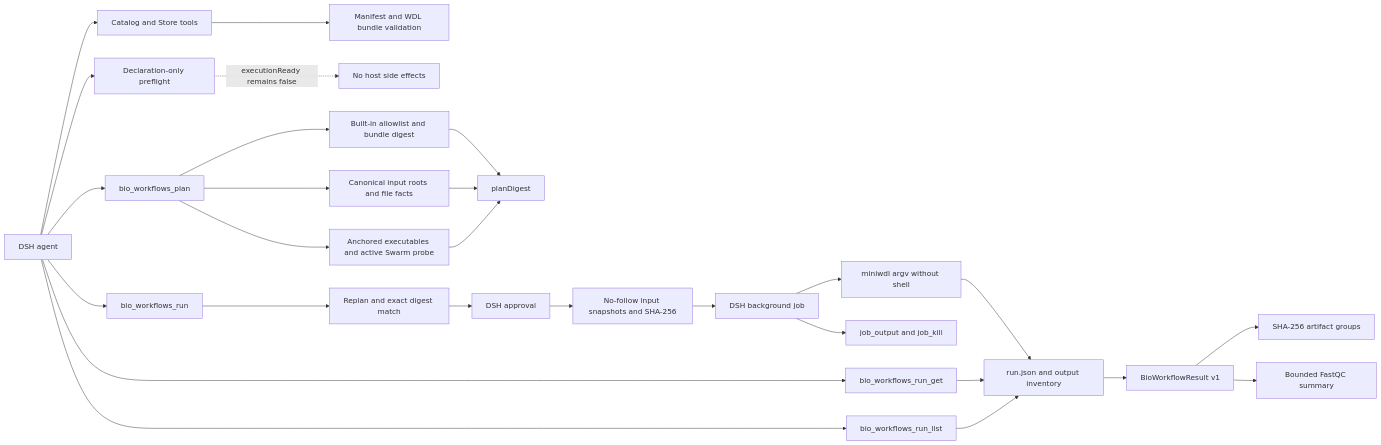
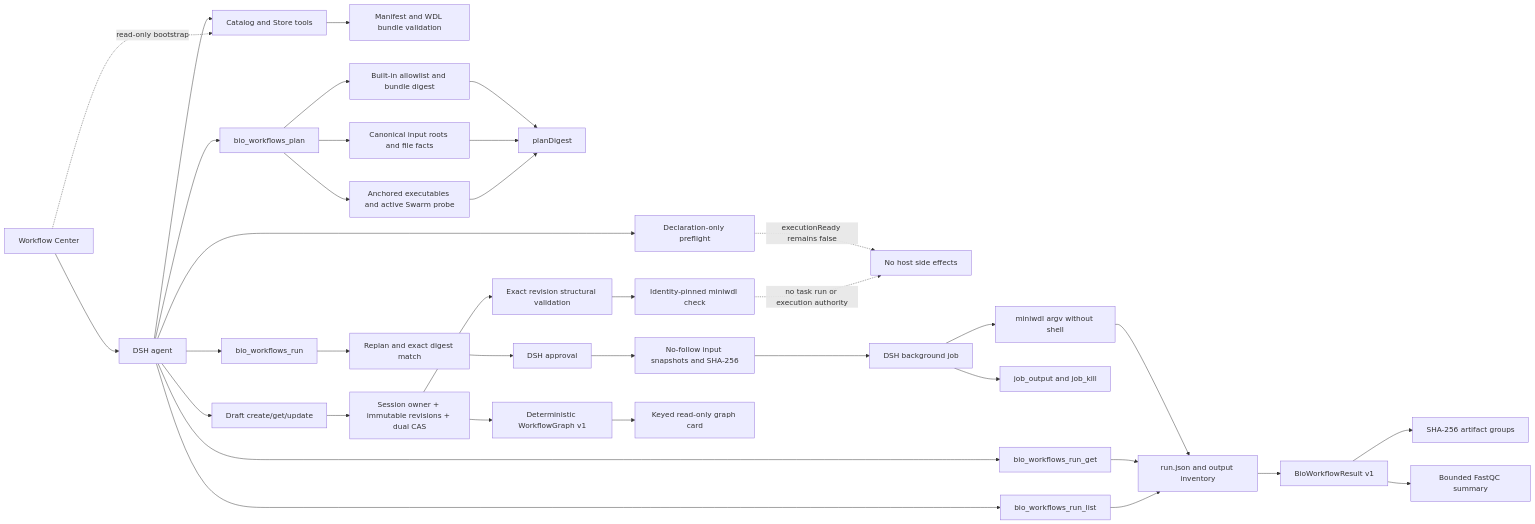
The diagram in docs/design-and-status.md (qzhqzh/dsh-bio-workflows), drawn with Mermaid before and after one commit. The commit also changed other lines of this file and 69 other files, not shown here.

````diff
--- a/docs/design-and-status.md
+++ b/docs/design-and-status.md
@@ -32,29 +41,38 @@
 ```mermaid
 flowchart LR
   A[DSH agent] --> B[Catalog and Store tools]
   B --> C[Manifest and WDL bundle validation]
   A --> D[Declaration-only preflight]
   D -. executionReady remains false .-> E[No host side effects]
   A --> F[bio_workflows_plan]
   F --> G[Built-in allowlist and bundle digest]
   F --> H[Canonical input roots and file facts]
   F --> I[Anchored executables and active Swarm probe]
   G --> J[planDigest]
   H --> J
   I --> J
   A --> K[bio_workflows_run]
   K --> L[Replan and exact digest match]
   L --> M[DSH approval]
   M --> S[No-follow input snapshots and SHA-256]
   S --> N[DSH background job]
   N --> O[miniwdl argv without shell]
   O --> P[run.json and output inventory]
   P --> U[BioWorkflowResult v1]
   U --> V[SHA-256 artifact groups]
   U --> W[Bounded FastQC summary]
   N --> Q[job_output and job_kill]
   A --> R[bio_workflows_run_get]
   R --> P
   A --> T[bio_workflows_run_list]
   T --> P
+  A --> X[Draft create/get/update]
+  X --> Y[Session owner + immutable revisions + dual CAS]
+  Y --> Z[Exact revision structural validation]
+  Z --> AA[Identity-pinned miniwdl check]
+  AA -. no task run or execution authority .-> E
+  Y --> AB[Deterministic WorkflowGraph v1]
+  AB --> AC[Keyed read-only graph card]
+  AD[Workflow Center] --> A
+  AD -. read-only bootstrap .-> B
 ```
````
